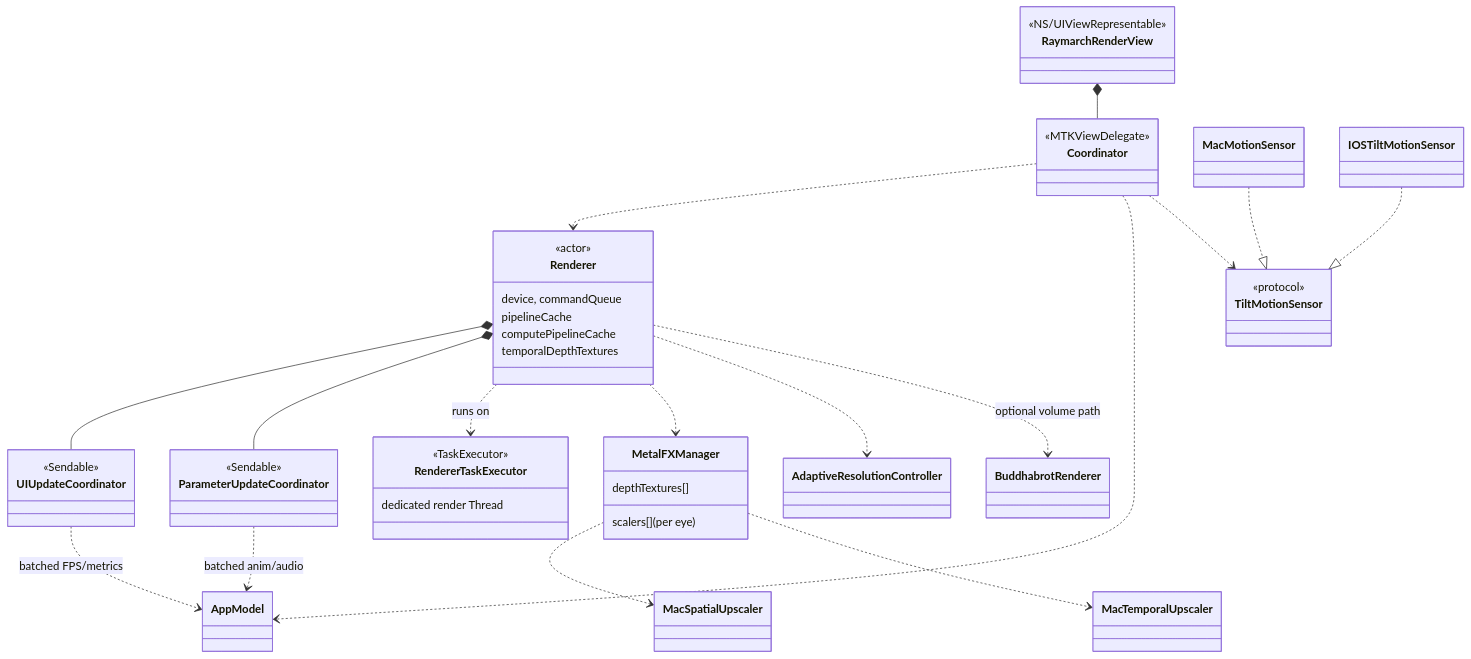
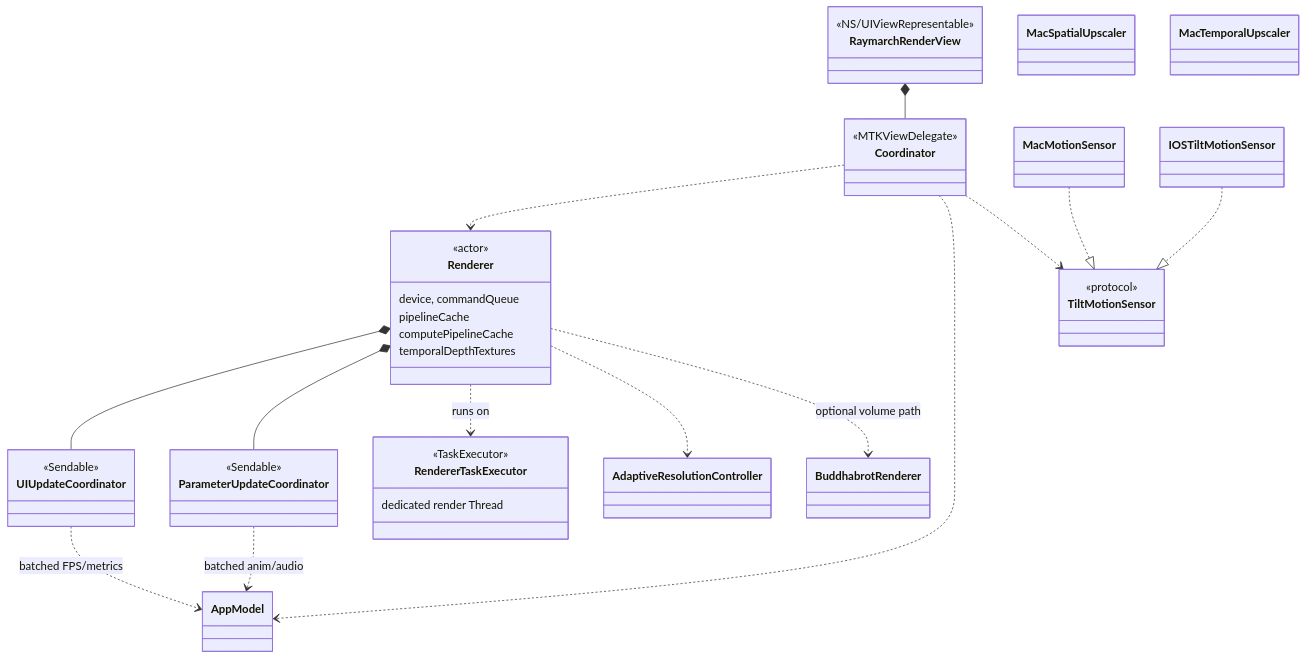
One commit to Halopend/MetalRaymarch-main changed the third of 9 diagrams in Context/ARCHITECTURE_UML.md. Above: the diagram before and after it, drawn with Mermaid. The commit also changed other lines of this file and 195 other files, not shown here.

````diff
--- a/Context/ARCHITECTURE_UML.md
+++ b/Context/ARCHITECTURE_UML.md
@@ -105,51 +105,44 @@
 ```mermaid
 classDiagram
     direction TB
 
     class RaymarchRenderView { <<NS/UIViewRepresentable>> }
     class Coordinator { <<MTKViewDelegate>> }
     class Renderer {
         <<actor>>
         device, commandQueue
         pipelineCache
         computePipelineCache
         temporalDepthTextures
     }
     class RendererTaskExecutor {
         <<TaskExecutor>>
         dedicated render Thread
     }
     class UIUpdateCoordinator { <<Sendable>> }
     class ParameterUpdateCoordinator { <<Sendable>> }
-    class MetalFXManager {
-        scalers[] (per eye)
-        depthTextures[]
-    }
     class MacSpatialUpscaler
     class MacTemporalUpscaler
     class AdaptiveResolutionController
     class BuddhabrotRenderer
     class TiltMotionSensor { <<protocol>> }
     class MacMotionSensor
     class IOSTiltMotionSensor
 
     RaymarchRenderView *-- Coordinator
     Coordinator ..> Renderer
     Coordinator ..> AppModel
     Coordinator ..> TiltMotionSensor
 
     Renderer *-- UIUpdateCoordinator
     Renderer *-- ParameterUpdateCoordinator
     Renderer ..> RendererTaskExecutor : runs on
-    Renderer ..> MetalFXManager
     Renderer ..> AdaptiveResolutionController
     Renderer ..> BuddhabrotRenderer : optional volume path
 
-    MetalFXManager ..> MacSpatialUpscaler
-    MetalFXManager ..> MacTemporalUpscaler
     UIUpdateCoordinator ..> AppModel : batched FPS/metrics
     ParameterUpdateCoordinator ..> AppModel : batched anim/audio
 
     MacMotionSensor ..|> TiltMotionSensor
     IOSTiltMotionSensor ..|> TiltMotionSensor
 ```
````
